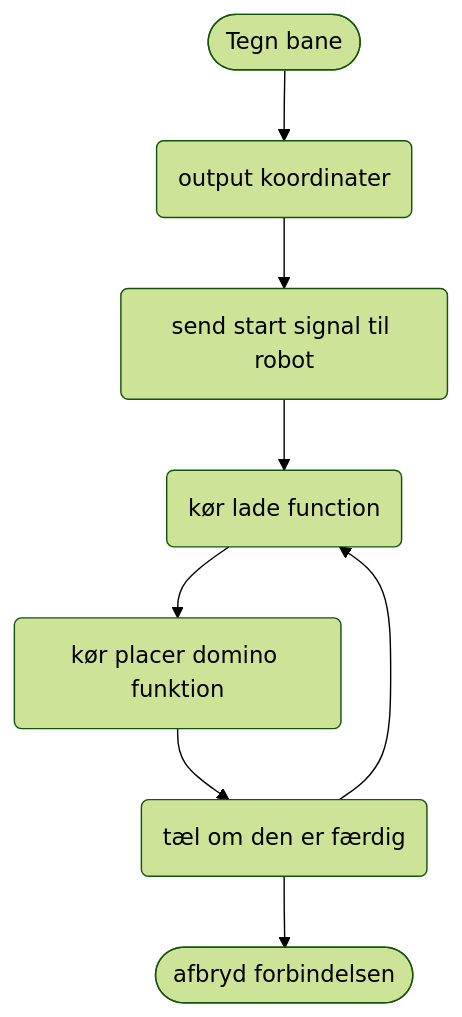
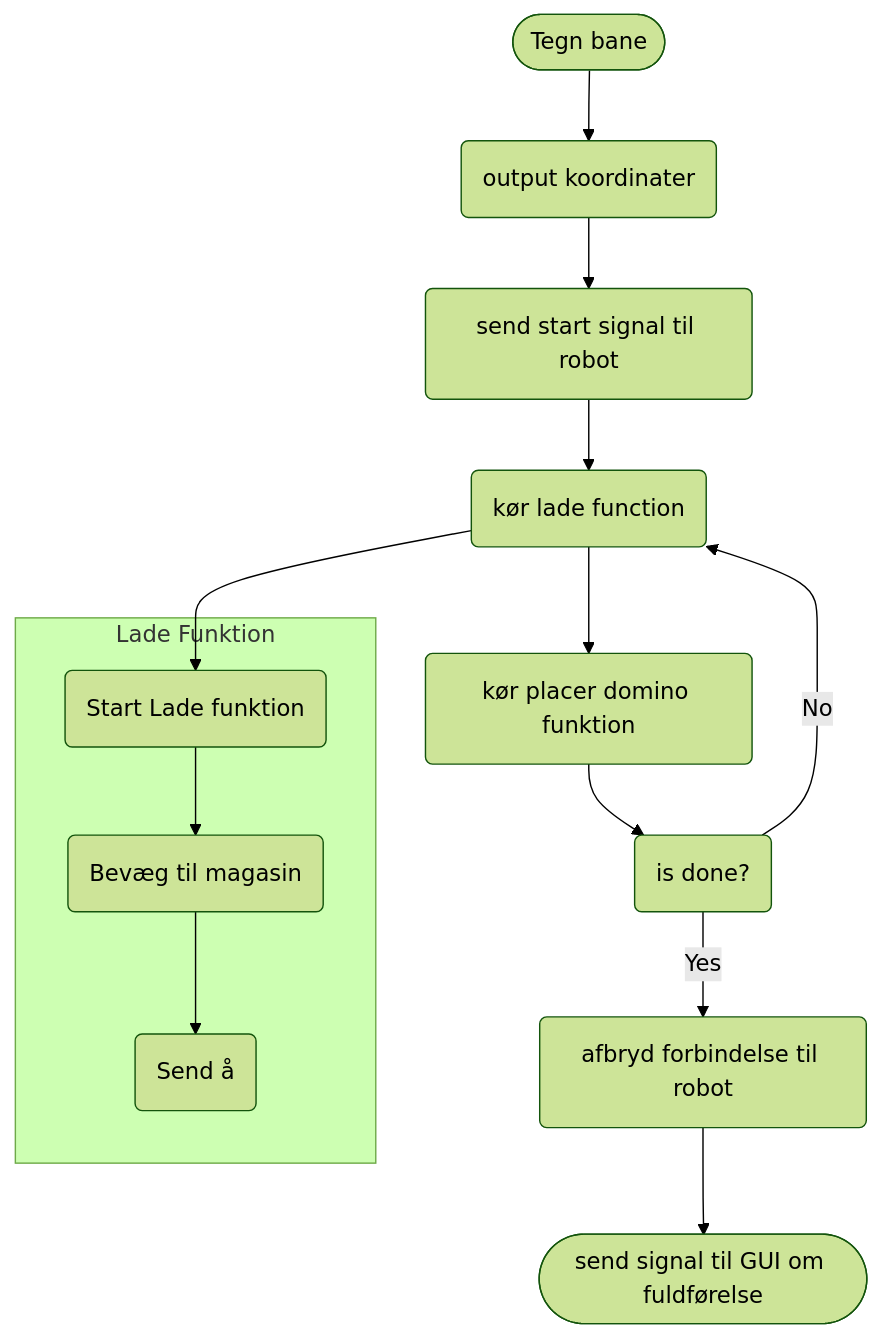
Before and after one commit to TheJoboReal/Noter: the diagram in Untitled.md, drawn with Mermaid (forest theme). The commit also changed 1 other file, not shown here.

Commit message:
vault backup: 2023-04-24 13:18:49

````diff
--- a/Untitled.md
+++ b/Untitled.md
@@ -1,9 +1,18 @@
 ```mermaid
 graph TD
 a([Tegn bane]) -->b(output koordinater)-->
 c(send start signal til robot)-->
 d(kør lade function)-->
-e(kør placer domino funktion)-->f(tæl om den er færdig)-->d
-f-->g([afbryd forbindelsen])
+e(kør placer domino funktion)-->f(is done?)-->|No|d
+f-->|Yes|g(afbryd forbindelse til robot)-->
+h([send signal til GUI om fuldførelse])
+
+d-->a1
+
+subgraph Lade Funktion
+a1(Start Lade funktion)-->
+a2(Bevæg til magasin)-->
+a3(Send å)
+end
 
 ```
````
